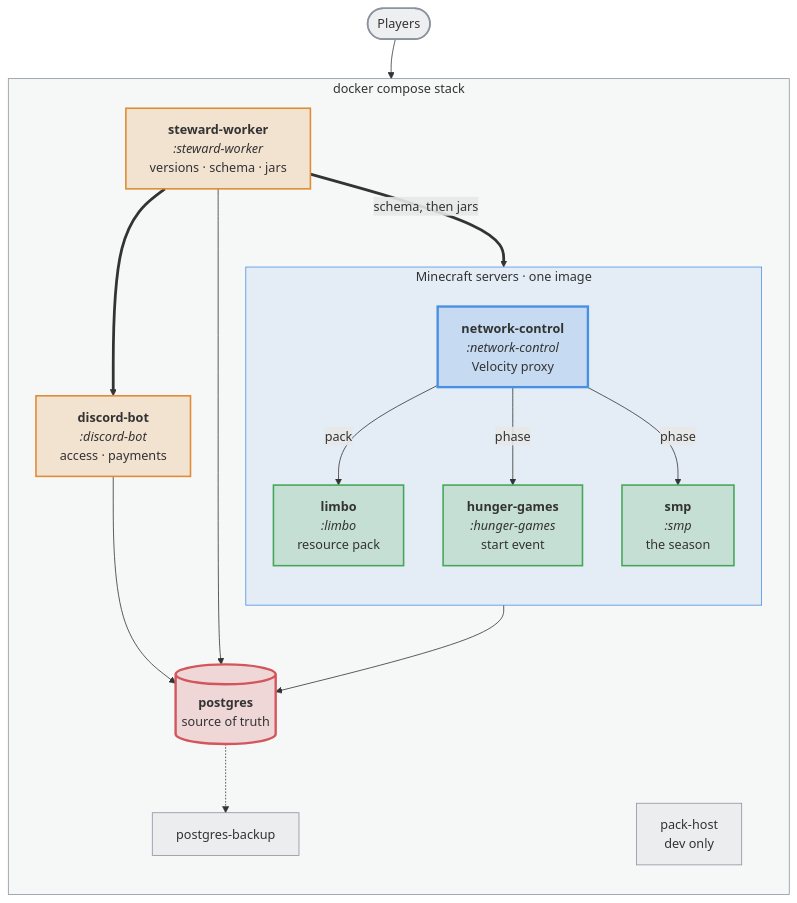
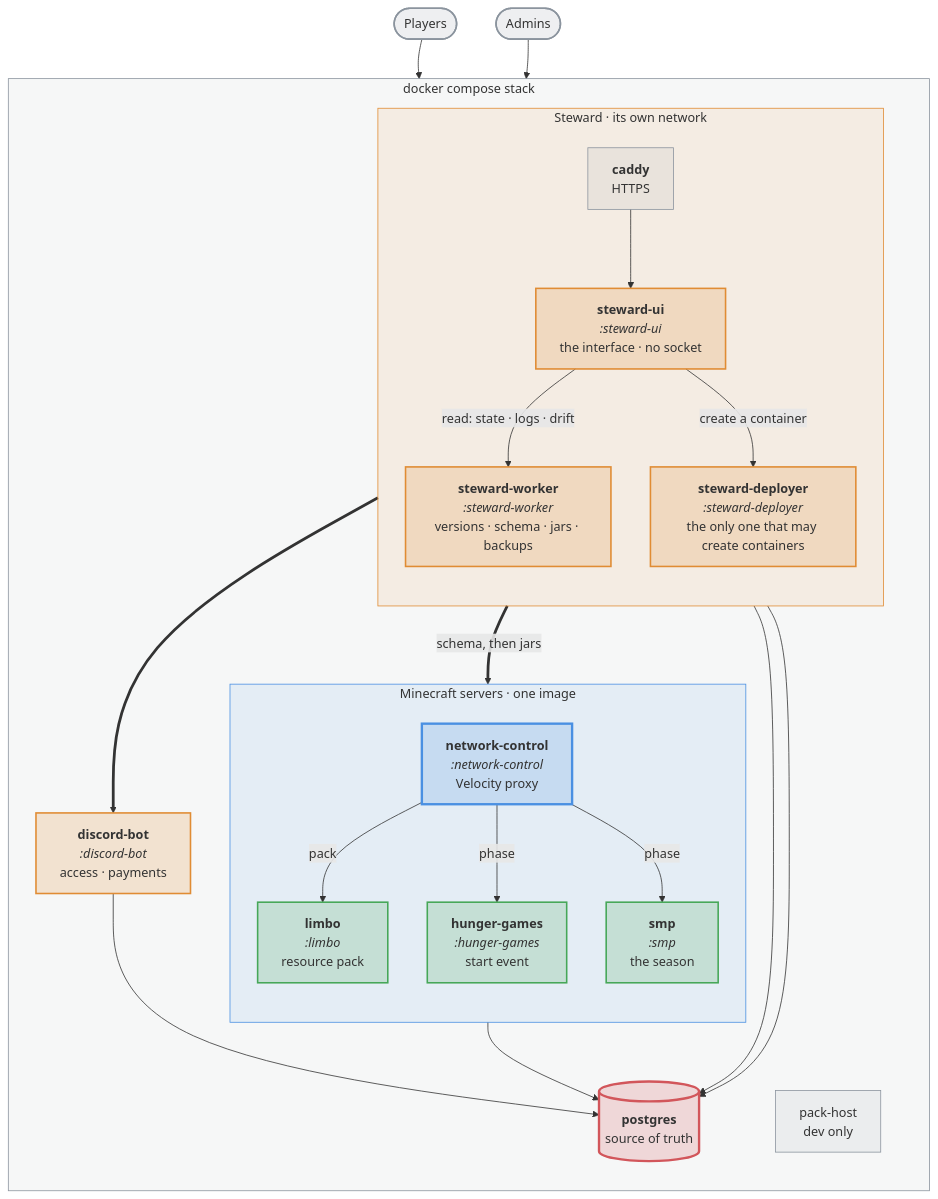
Before and after one commit to nordtal/season-2: the diagram in README.md, drawn with Mermaid. The commit also changed other lines of this file and 2 other files, not shown here.

First line of the commit message:
docs: three Steward services in the prose, and one package nobody had looked at

````diff
--- a/README.md
+++ b/README.md
@@ -15,41 +18,51 @@
 ```mermaid
 %%{init: {'themeVariables': {'fontSize': '16px'}}}%%
 flowchart TB
     players(["Players"]):::ext --> NC
 
     subgraph stack["docker compose stack"]
         direction TB
-        UPD["<b>steward-worker</b><br/><i>:steward-worker</i><br/>versions · schema · jars"]:::app
+        subgraph steward["Steward · its own network"]
+            direction TB
+            CADDY["<b>caddy</b><br/>HTTPS"]:::side
+            UI["<b>steward-ui</b><br/><i>:steward-ui</i><br/>the interface · no socket"]:::app
+            UPD["<b>steward-worker</b><br/><i>:steward-worker</i><br/>versions · schema · jars · backups"]:::app
+            DEP["<b>steward-deployer</b><br/><i>:steward-deployer</i><br/>the only one that may create containers"]:::app
+        end
         subgraph servers["Minecraft servers · one image"]
             direction TB
             NC["<b>network-control</b><br/><i>:network-control</i><br/>Velocity proxy"]:::proxy
             LIMBO["<b>limbo</b><br/><i>:limbo</i><br/>resource pack"]:::paper
             HG["<b>hunger-games</b><br/><i>:hunger-games</i><br/>start event"]:::paper
             SMP["<b>smp</b><br/><i>:smp</i><br/>the season"]:::paper
         end
         BOT["<b>discord-bot</b><br/><i>:discord-bot</i><br/>access · payments"]:::app
         PG[("<b>postgres</b><br/>source of truth")]:::db
-        BACKUP["postgres-backup"]:::side
         PACKHOST["pack-host<br/>dev only"]:::side
     end
 
+    admins(["Admins"]):::ext --> CADDY
     players ~~~ UPD
+    CADDY --> UI
+    UI -->|"read: state · logs · drift"| UPD
+    UI -->|"create a container"| DEP
     UPD ==>|"schema, then jars"| servers
     UPD ==> BOT
     NC -->|"pack"| LIMBO
     NC -->|"phase"| HG
     NC -->|"phase"| SMP
     servers --> PG
     BOT --> PG
     UPD --> PG
-    PG -.-> BACKUP
+    UI --> PG
 
     classDef ext fill:#8b949e26,stroke:#8b949e,stroke-width:2px
     classDef proxy fill:#4a90e233,stroke:#4a90e2,stroke-width:3px
     classDef paper fill:#46a75833,stroke:#46a758,stroke-width:2px
     classDef app fill:#e08c3433,stroke:#e08c34,stroke-width:2px
     classDef db fill:#d2565b33,stroke:#d2565b,stroke-width:3px
     classDef side fill:#8b949e1a,stroke:#8b949e,stroke-width:1px
     style stack fill:#8b949e14,stroke:#8b949e,stroke-width:1px
     style servers fill:#4a90e21a,stroke:#4a90e2,stroke-width:1px
+    style steward fill:#e08c341a,stroke:#e08c34,stroke-width:1px
 ```
````
